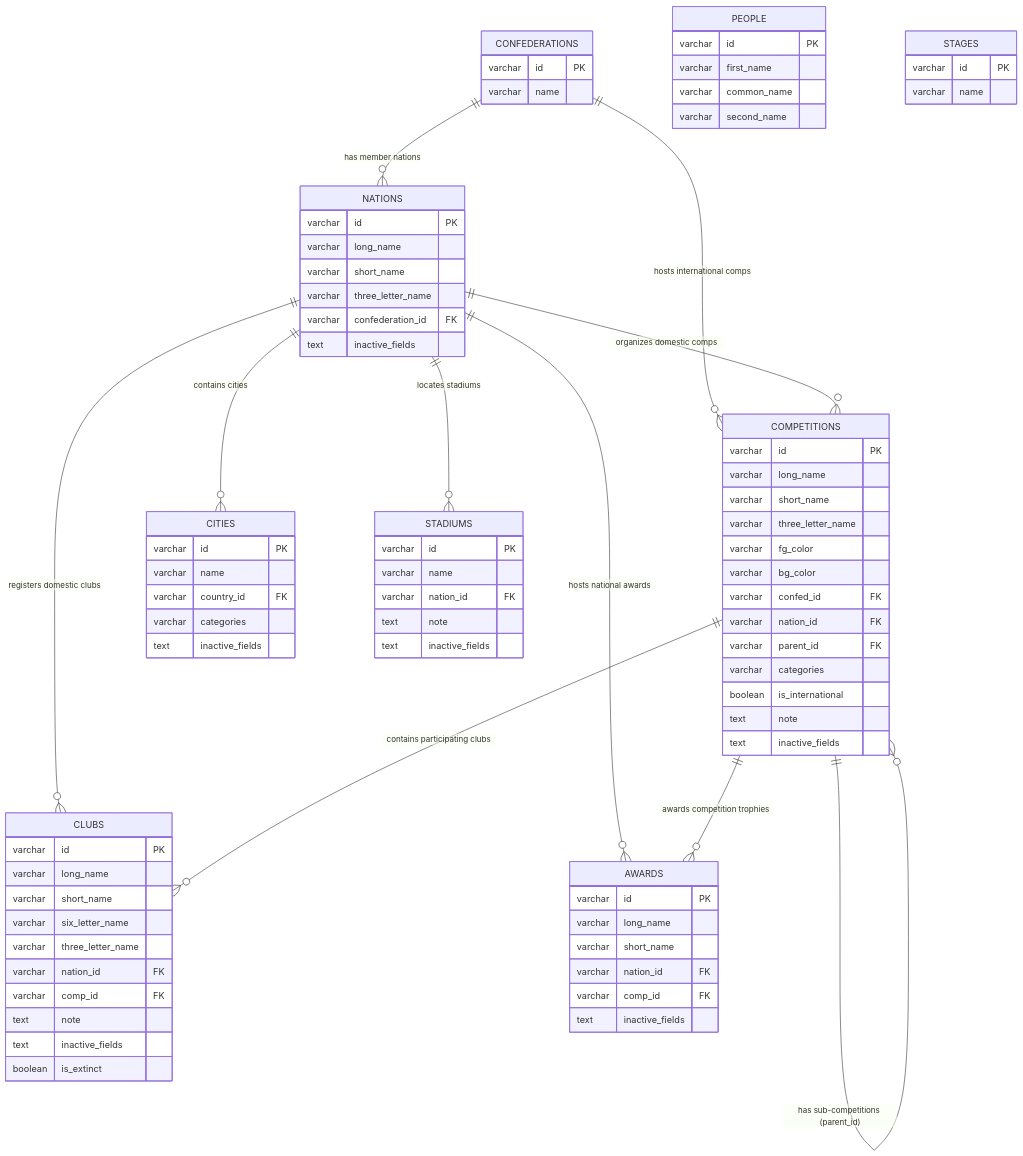
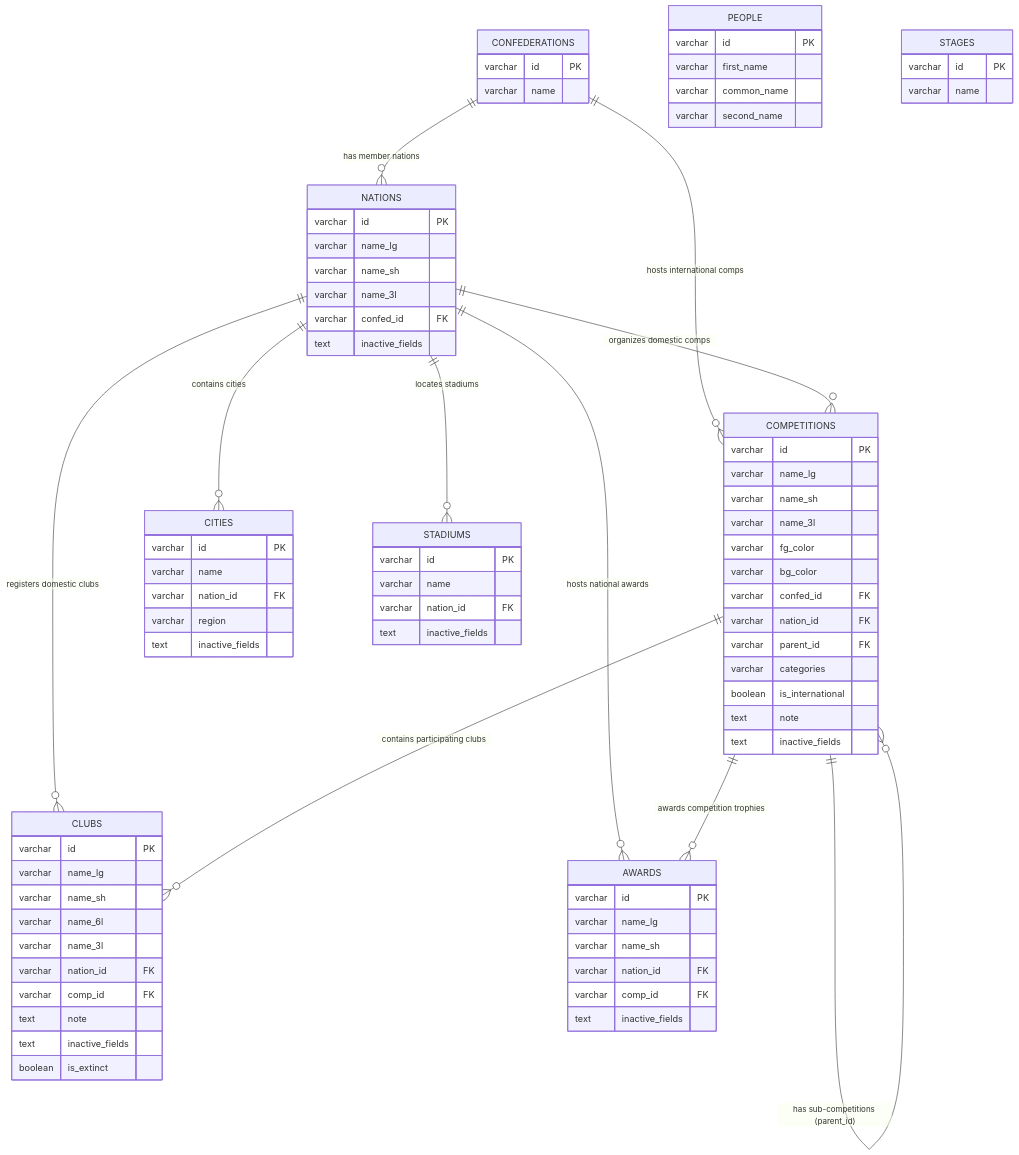
The diagram in README.md (ddthumonky88/fm-lnc), drawn with Mermaid before and after one commit. The commit also changed other lines of this file and 35 other files, not shown here.

Commit message:
refactor: update db schema & columns, clean unused imports, sync lnc and docs

```diff
--- a/README.md
+++ b/README.md
@@ -272,18 +272,18 @@
 
     NATIONS {
         varchar id PK
-        varchar long_name
-        varchar short_name
-        varchar three_letter_name
-        varchar confederation_id FK
+        varchar name_lg
+        varchar name_sh
+        varchar name_3l
+        varchar confed_id FK
         text inactive_fields
     }
 
     COMPETITIONS {
         varchar id PK
-        varchar long_name
-        varchar short_name
-        varchar three_letter_name
+        varchar name_lg
+        varchar name_sh
+        varchar name_3l
         varchar fg_color
         varchar bg_color
         varchar confed_id FK
@@ -297,10 +297,10 @@
 
     CLUBS {
         varchar id PK
-        varchar long_name
-        varchar short_name
-        varchar six_letter_name
-        varchar three_letter_name
+        varchar name_lg
+        varchar name_sh
+        varchar name_6l
+        varchar name_3l
         varchar nation_id FK
         varchar comp_id FK
         text note
@@ -311,8 +311,8 @@
     CITIES {
         varchar id PK
         varchar name
-        varchar country_id FK
-        varchar categories
+        varchar nation_id FK
+        varchar region
         text inactive_fields
     }
 
@@ -320,14 +320,13 @@
         varchar id PK
         varchar name
         varchar nation_id FK
-        text note
         text inactive_fields
     }
 
     AWARDS {
         varchar id PK
-        varchar long_name
-        varchar short_name
+        varchar name_lg
+        varchar name_sh
         varchar nation_id FK
         varchar comp_id FK
         text inactive_fields
```
